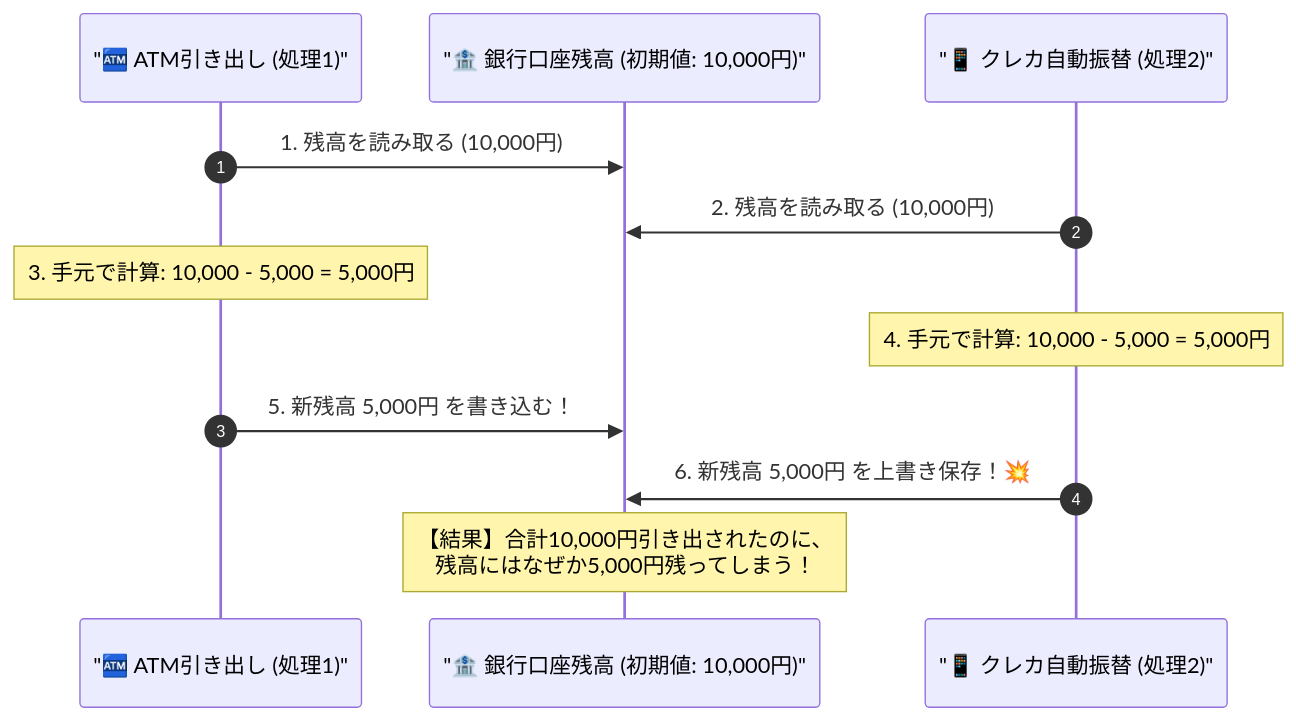
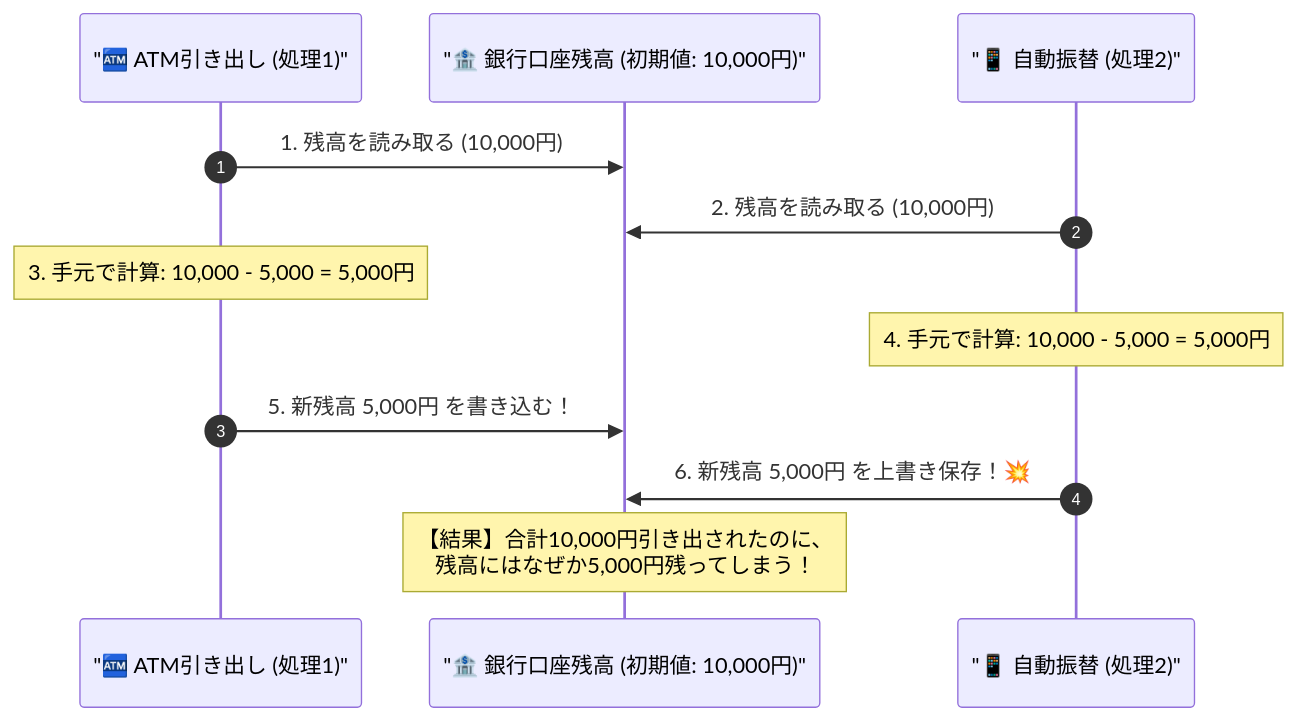
One commit to kashiwabarakenji/multimedia changed the sixth of 8 diagrams in part9_database.qmd. Above: the diagram before and after it, drawn with Mermaid. The commit also changed other lines of this file and 2 other files, not shown here.

````diff
--- a/part9_database.qmd
+++ b/part9_database.qmd
@@ -748,15 +693,15 @@
-```mermaid
+```{mermaid}
 sequenceDiagram
     autonumber
     participant A as "🏧 ATM引き出し (処理1)"
     participant DB as "🏦 銀行口座残高 (初期値: 10,000円)"
-    participant B as "📱 クレカ自動振替 (処理2)"
+    participant B as "📱 自動振替 (処理2)"
 
     A->>DB: 1. 残高を読み取る (10,000円)
     B->>DB: 2. 残高を読み取る (10,000円)
     Note over A: 3. 手元で計算: 10,000 - 5,000 = 5,000円
     Note over B: 4. 手元で計算: 10,000 - 5,000 = 5,000円
     A->>DB: 5. 新残高 5,000円 を書き込む！
     B->>DB: 6. 新残高 5,000円 を上書き保存！💥
     Note over DB: 【結果】合計10,000円引き出されたのに、<br/>残高にはなぜか5,000円残ってしまう！
 ```
````
